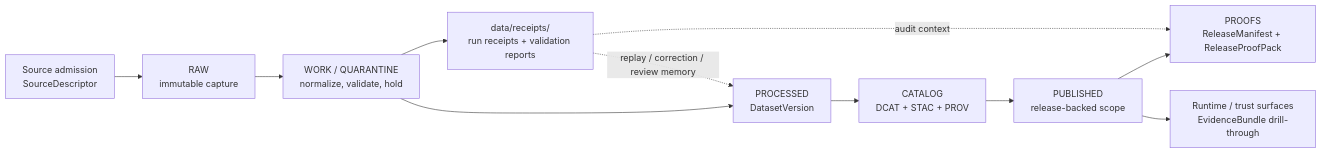
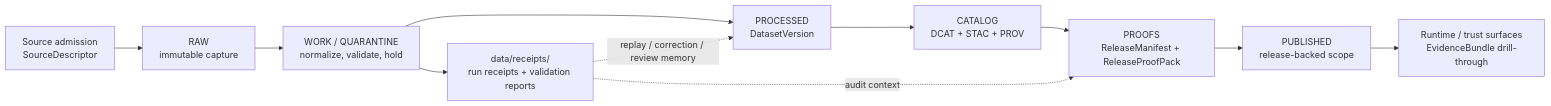
Before and after one commit to bartytime4life/Kansas-Frontier-Matrix: the diagram in data/receipts/README.md, drawn with Mermaid. The commit also changed other lines of this file, not shown here.

````diff
--- a/data/receipts/README.md
+++ b/data/receipts/README.md
@@ -299,14 +309,14 @@
 ```mermaid
 flowchart LR
     A[Source admission<br/>SourceDescriptor] --> B[RAW<br/>immutable capture]
     B --> C[WORK / QUARANTINE<br/>normalize, validate, hold]
     C --> D[data/receipts/<br/>run receipts + validation reports]
     C --> E[PROCESSED<br/>DatasetVersion]
     E --> F[CATALOG<br/>DCAT + STAC + PROV]
-    F --> G[PUBLISHED<br/>release-backed scope]
-    G --> H[PROOFS<br/>ReleaseManifest + ReleaseProofPack]
-    G --> I[Runtime / trust surfaces<br/>EvidenceBundle drill-through]
+    F --> G[PROOFS<br/>ReleaseManifest + ReleaseProofPack]
+    G --> H[PUBLISHED<br/>release-backed scope]
+    H --> I[Runtime / trust surfaces<br/>EvidenceBundle drill-through]
 
     D -. replay / correction / review memory .-> E
-    D -. audit context .-> H
+    D -. audit context .-> G
 ```
````
